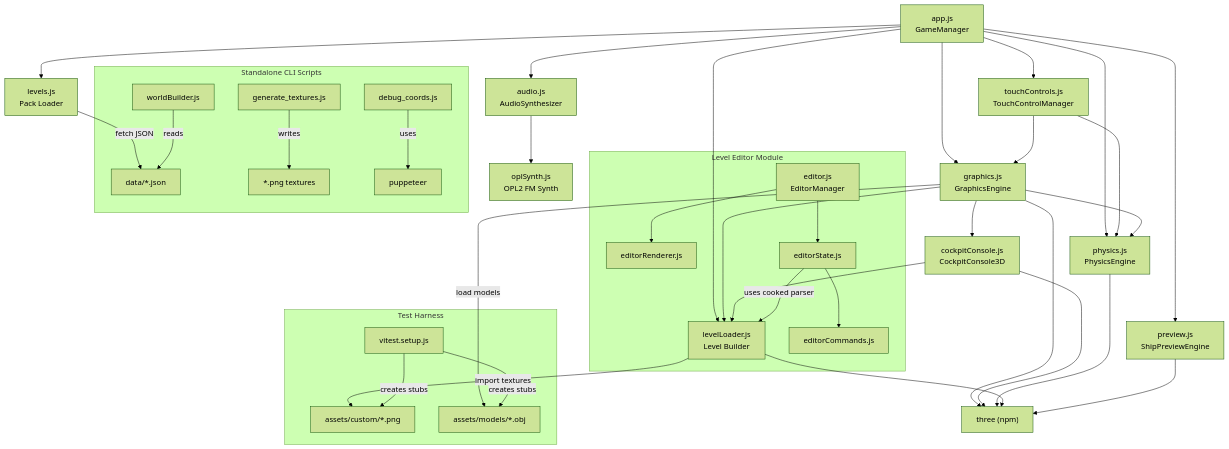
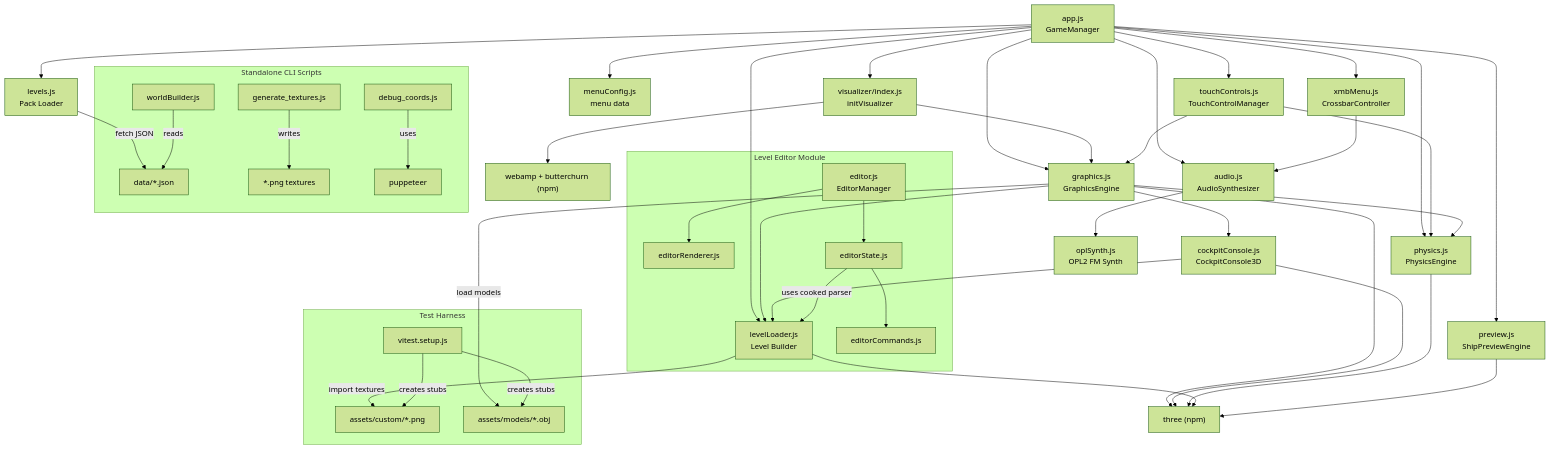
One commit to DasCReeD/space-paths changed the diagram in docs/module-map.md. Above: the diagram before and after it, drawn with Mermaid (forest theme). The commit also changed other lines of this file and 795 other files, not shown here.

Commit message:
feat: implement PS3 XMB layout, fix physics default settings, and add 179 visualizer presets

````diff
--- a/docs/module-map.md
+++ b/docs/module-map.md
@@ -658,51 +768,58 @@
 ```mermaid
 graph TD
     APP["app.js<br/>GameManager"] --> GFX["graphics.js<br/>GraphicsEngine"]
     APP --> PHY["physics.js<br/>PhysicsEngine"]
     APP --> LL["levelLoader.js<br/>Level Builder"]
     APP --> AUD["audio.js<br/>AudioSynthesizer"]
     APP --> PRV["preview.js<br/>ShipPreviewEngine"]
     APP --> LVL["levels.js<br/>Pack Loader"]
     APP --> TC["touchControls.js<br/>TouchControlManager"]
+    APP --> XMB["xmbMenu.js<br/>CrossbarController"]
+    APP --> MCFG["menuConfig.js<br/>menu data"]
+    APP --> VIS["visualizer/index.js<br/>initVisualizer"]
+
+    XMB --> AUD
+    VIS --> GFX
+    VIS --> WA["webamp + butterchurn (npm)"]
 
     TC --> PHY
     TC --> GFX
 
     GFX --> PHY
     GFX --> CC["cockpitConsole.js<br/>CockpitConsole3D"]
     GFX --> LL
     GFX --> THREE["three (npm)"]
 
     CC --> LL
     CC --> THREE
 
     PHY --> THREE
 
     LL --> THREE
 
     PRV --> THREE
 
     AUD --> OPL["oplSynth.js<br/>OPL2 FM Synth"]
 
     LVL -->|"fetch JSON"| DATA["data/*.json"]
     LL -->|"import textures"| ASSETS["assets/custom/*.png"]
     GFX -->|"load models"| MODELS["assets/models/*.obj"]
 
     subgraph "Level Editor Module"
         ED["editor.js<br/>EditorManager"] --> EDR["editorRenderer.js"]
         ED --> EDS["editorState.js"]
         EDS --> EDC["editorCommands.js"]
         EDS -->|"uses cooked parser"| LL
     end
 
     subgraph "Standalone CLI Scripts"
         WB["worldBuilder.js"] -->|"reads"| DATA
         GT["generate_textures.js"] -->|"writes"| TEXOUT["*.png textures"]
         DC["debug_coords.js"] -->|"uses"| PUP["puppeteer"]
     end
 
     subgraph "Test Harness"
         VS["vitest.setup.js"] -->|"creates stubs"| ASSETS
         VS -->|"creates stubs"| MODELS
     end
 ```
````
